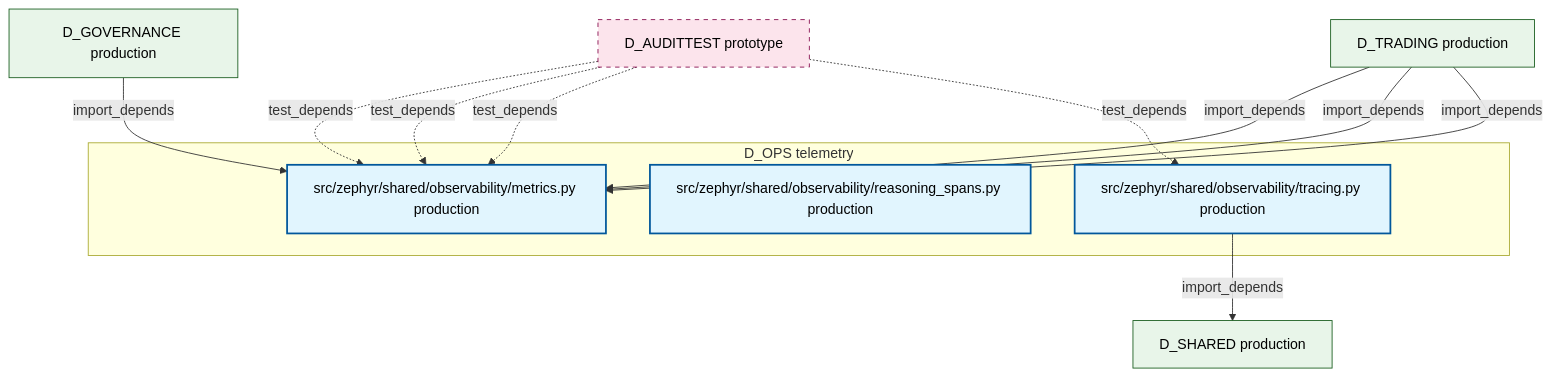
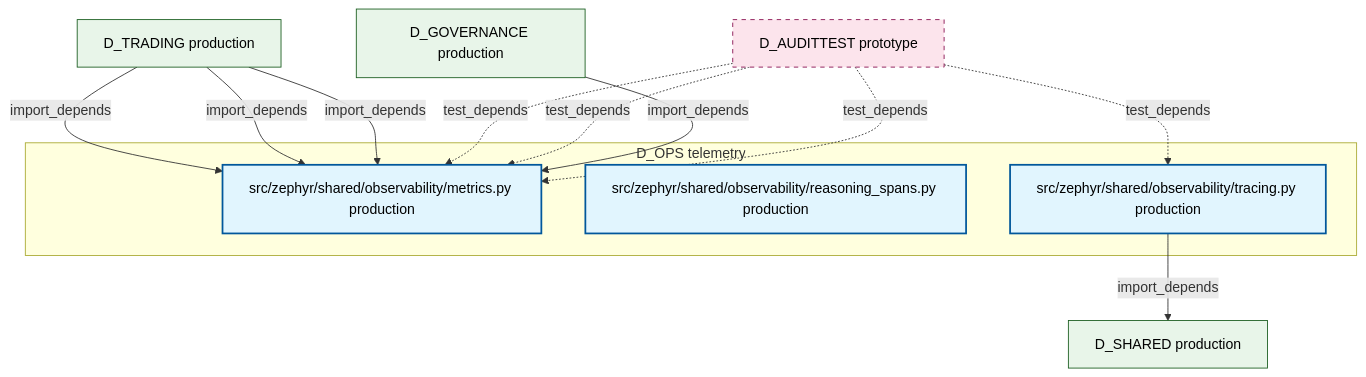
One commit to xuanFelixVan/ZephyrAlpha changed the diagram in docs/02_enterprise_architecture/02_domain_architecture_docs/15_d_ops.md. Above: the diagram before and after it, drawn with Mermaid. The commit also changed other lines of this file and 70 other files, not shown here.

````diff
--- a/docs/02_enterprise_architecture/02_domain_architecture_docs/15_d_ops.md
+++ b/docs/02_enterprise_architecture/02_domain_architecture_docs/15_d_ops.md
@@ -47,28 +47,28 @@
 ```mermaid
 graph TD
     subgraph D_OPS["D_OPS telemetry"]
         src_zephyr_shared_observability_metrics_py["src/zephyr/shared/observability/metrics.py production"]
         src_zephyr_shared_observability_reasoning_spans_py["src/zephyr/shared/observability/reasoning_spans.py production"]
         src_zephyr_shared_observability_tracing_py["src/zephyr/shared/observability/tracing.py production"]
     end
     D_SHARED["D_SHARED production"]
     src_zephyr_shared_observability_tracing_py -->|import_depends| D_SHARED
     D_AUDITTEST["D_AUDITTEST prototype"]
     D_AUDITTEST -.->|test_depends| src_zephyr_shared_observability_metrics_py
-    D_TRADING["D_TRADING production"]
-    D_TRADING -->|import_depends| src_zephyr_shared_observability_metrics_py
     D_GOVERNANCE["D_GOVERNANCE production"]
     D_GOVERNANCE -->|import_depends| src_zephyr_shared_observability_metrics_py
     D_AUDITTEST -.->|test_depends| src_zephyr_shared_observability_metrics_py
     D_AUDITTEST -.->|test_depends| src_zephyr_shared_observability_metrics_py
+    D_TRADING["D_TRADING production"]
+    D_TRADING -->|import_depends| src_zephyr_shared_observability_metrics_py
     D_TRADING -->|import_depends| src_zephyr_shared_observability_metrics_py
     D_TRADING -->|import_depends| src_zephyr_shared_observability_metrics_py
     D_AUDITTEST -.->|test_depends| src_zephyr_shared_observability_tracing_py
     classDef production fill:#e1f5fe,stroke:#01579b,stroke-width:2px,color:#000
     classDef design fill:#fff3e0,stroke:#e65100,stroke-width:2px,color:#000,stroke-dasharray: 5 5
     classDef external_prod fill:#e8f5e9,stroke:#1b5e20,stroke-width:1px,color:#000
     classDef external_design fill:#fce4ec,stroke:#880e4f,stroke-width:1px,color:#000,stroke-dasharray: 5 5
     class src_zephyr_shared_observability_metrics_py,src_zephyr_shared_observability_reasoning_spans_py,src_zephyr_shared_observability_tracing_py production
-    class D_SHARED,D_TRADING,D_GOVERNANCE external_prod
+    class D_SHARED,D_GOVERNANCE,D_TRADING external_prod
     class D_AUDITTEST external_design
 ```
````
